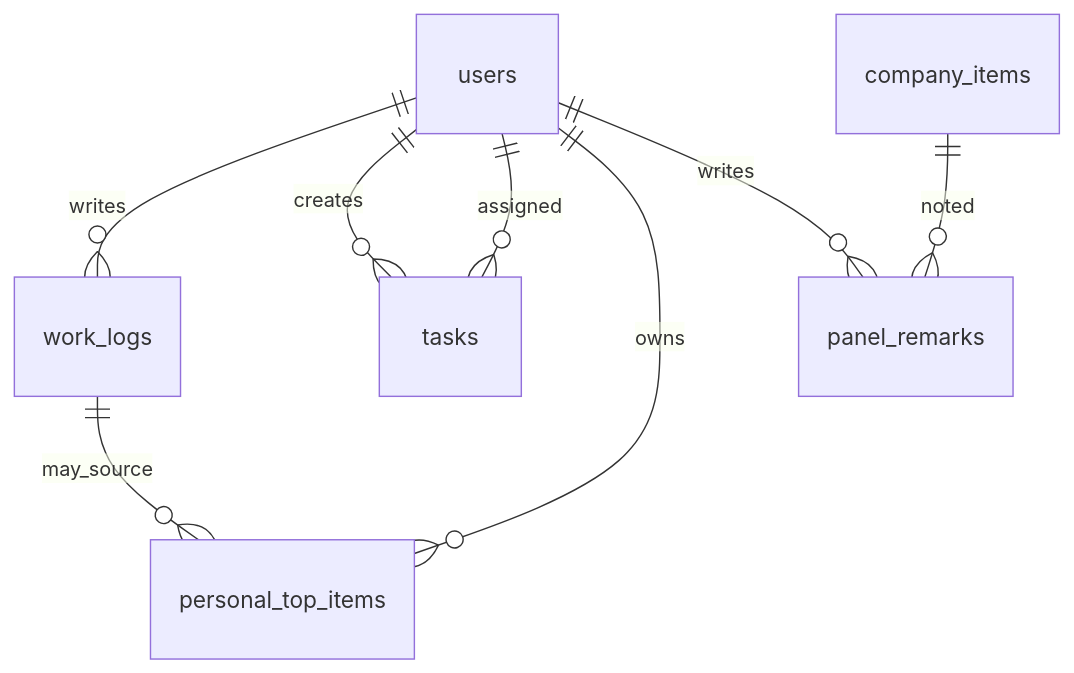
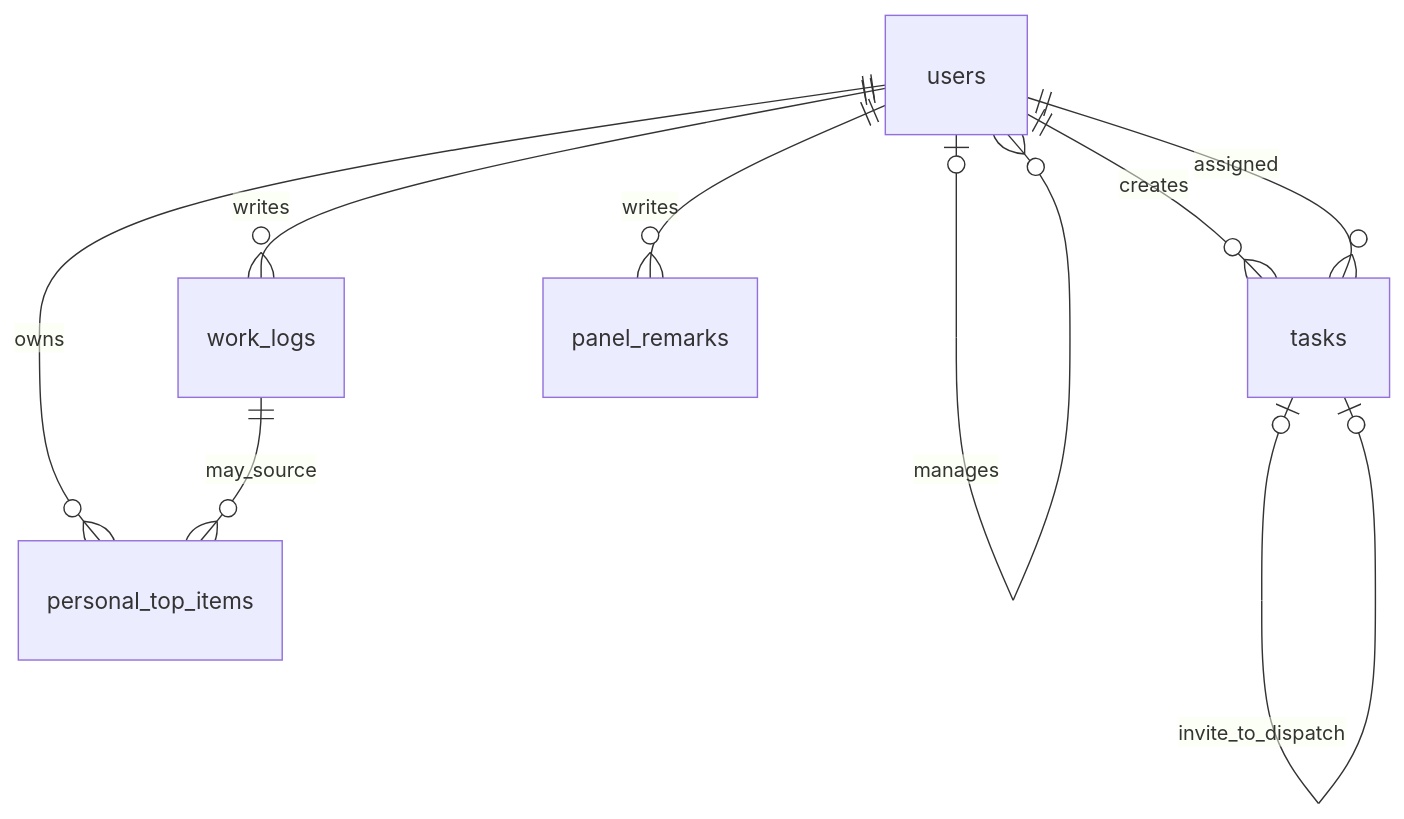
The diagram in docs/原型/er.md (zayinO-00-01/project-pandora), drawn with Mermaid before and after one commit. The commit also changed other lines of this file and 5 other files, not shown here.

````diff
--- a/docs/原型/er.md
+++ b/docs/原型/er.md
@@ -5,10 +5,11 @@
 ```mermaid
 erDiagram
+  users o|--o{ users : manages
   users ||--o{ work_logs : writes
   users ||--o{ tasks : creates
   users ||--o{ tasks : assigned
   users ||--o{ personal_top_items : owns
   users ||--o{ panel_remarks : writes
   work_logs ||--o{ personal_top_items : may_source
-  company_items ||--o{ panel_remarks : noted
+  tasks o|--o| tasks : invite_to_dispatch
 ```
````
